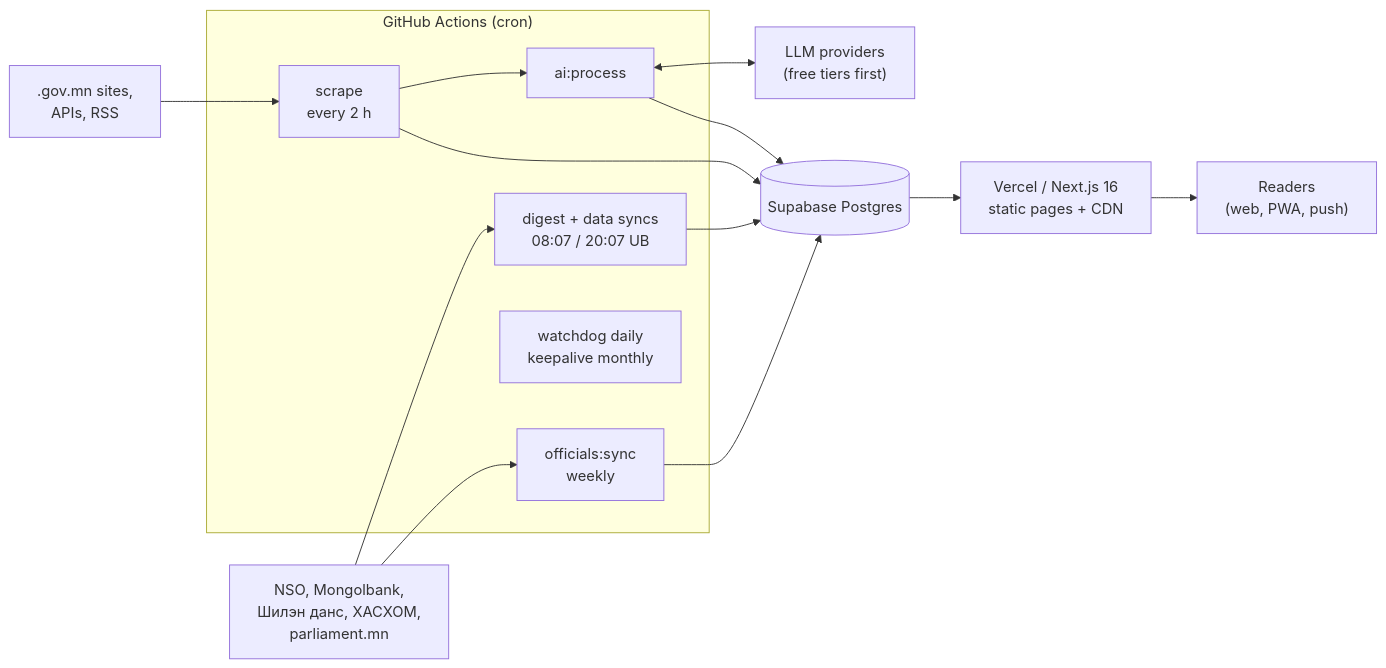
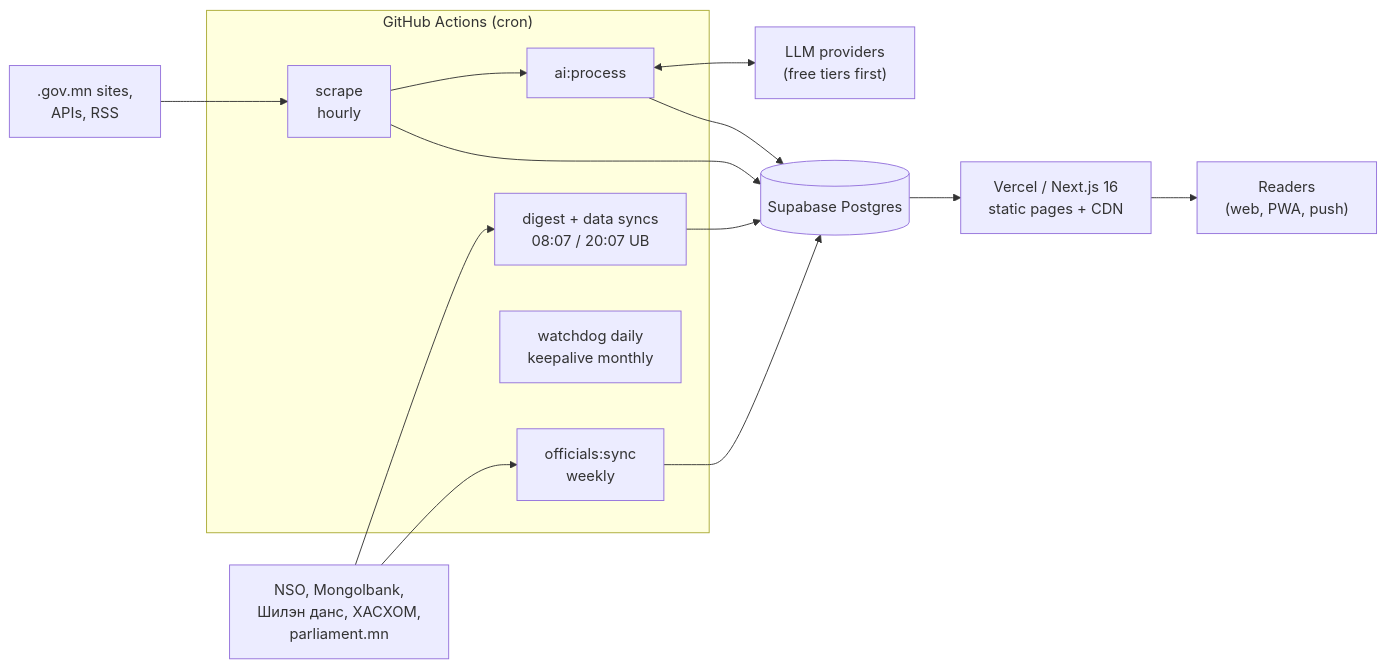
Before and after one commit to tmorius-eng/UNENMEDEE: the first of 2 diagrams in docs/ARCHITECTURE.md, drawn with Mermaid. The commit also changed other lines of this file and 19 other files, not shown here.

````diff
--- a/docs/ARCHITECTURE.md
+++ b/docs/ARCHITECTURE.md
@@ -22,15 +22,15 @@
 ```mermaid
 flowchart LR
   subgraph GH["GitHub Actions (cron)"]
-    S["scrape<br/>every 2 h"] --> A["ai:process"]
+    S["scrape<br/>hourly"] --> A["ai:process"]
     D["digest + data syncs<br/>08:07 / 20:07 UB"]
     O["officials:sync<br/>weekly"]
     W["watchdog daily<br/>keepalive monthly"]
   end
   GOV[".gov.mn sites,<br/>APIs, RSS"] --> S
   API["NSO, Mongolbank,<br/>Шилэн данс, ХАСХОМ,<br/>parliament.mn"] --> D & O
   A <--> LLM["LLM providers<br/>(free tiers first)"]
   S & A & D & O --> DB[("Supabase Postgres")]
   DB --> V["Vercel / Next.js 16<br/>static pages + CDN"]
   V --> R["Readers<br/>(web, PWA, push)"]
 ```
````
